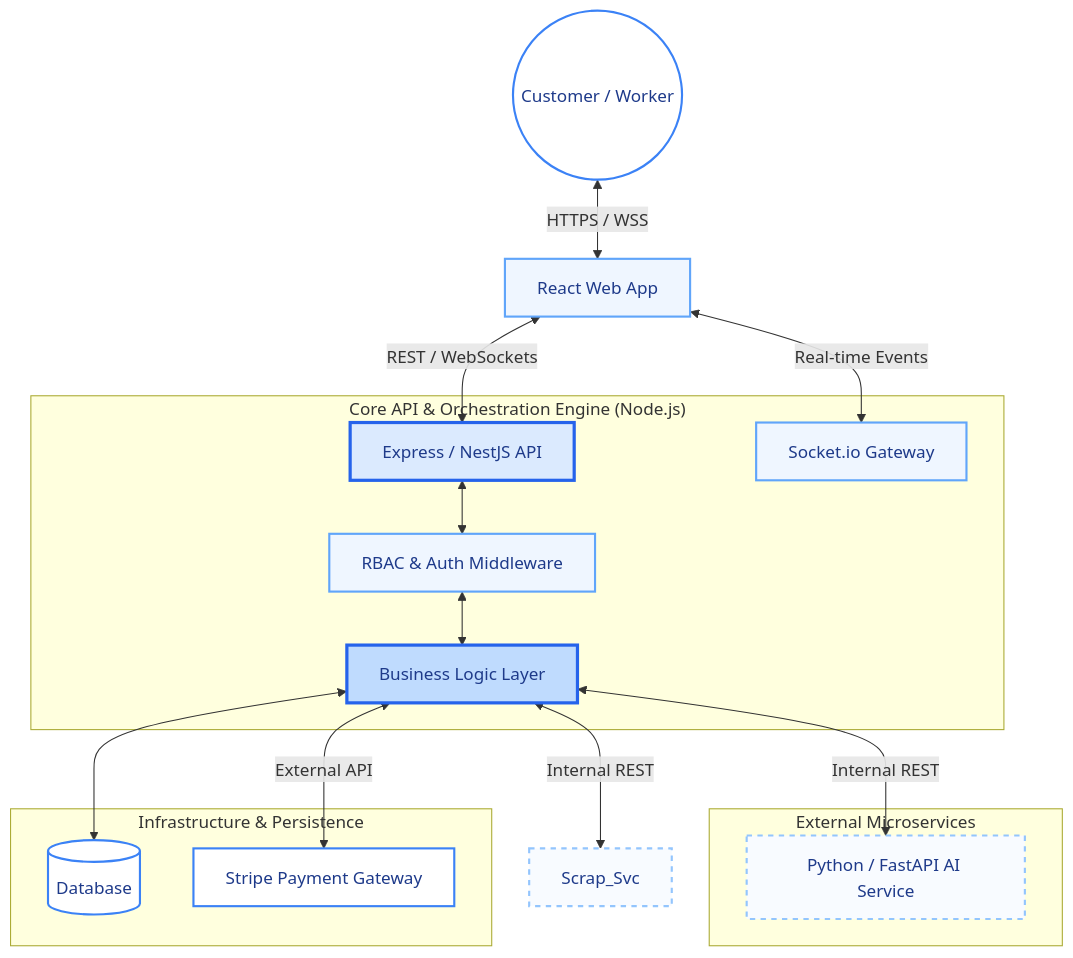
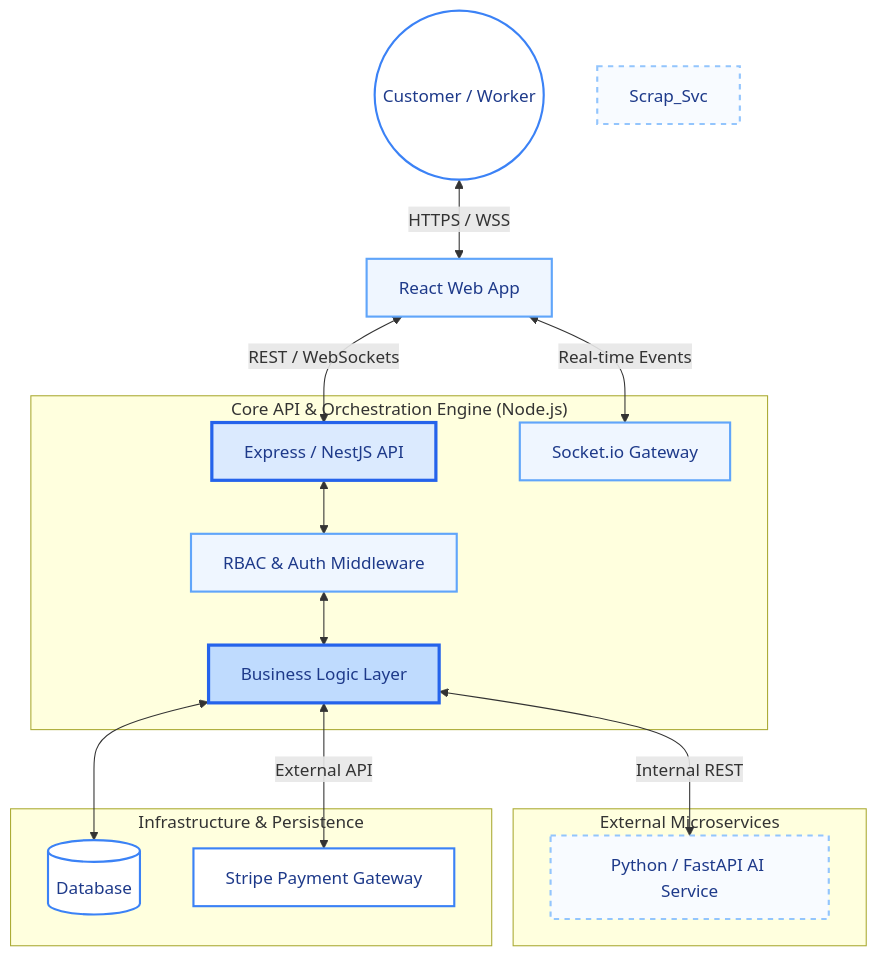
One commit to NipunaRandiya/job-done-app changed the diagram in README.md. Above: the diagram before and after it, drawn with Mermaid.

Commit message:
Remove Scrap_Svc from Logic architecture diagram
Removed reference to Scrap_Svc in the architecture diagram.

````diff
--- a/README.md
+++ b/README.md
@@ -123,50 +123,49 @@
 ```mermaid
 graph TD
     %% Define Actors and Client
     User((Customer / Worker))
     Frontend[React Web App]
 
     subgraph "Core API & Orchestration Engine (Node.js)"
         API[Express / NestJS API]
         Socket[Socket.io Gateway]
         Auth[RBAC & Auth Middleware]
         Logic[Business Logic Layer]
     end
 
     subgraph "External Microservices"
         AI_Svc[Python / FastAPI AI Service]
     end
 
     subgraph "Infrastructure & Persistence"
         DB[(Database)]
         Stripe[Stripe Payment Gateway]
     end
 
     %% Connections
     User <-->|HTTPS / WSS| Frontend
     Frontend <-->|REST / WebSockets| API
     Frontend <-->|Real-time Events| Socket
 
     API <--> Auth
     Auth <--> Logic
 
     Logic <--> DB
     Logic <-->|Internal REST| AI_Svc
-    Logic <-->|Internal REST| Scrap_Svc
     Logic <-->|External API| Stripe
 
     %% Blue & White Theme Styling
     style User fill:#ffffff,stroke:#3b82f6,stroke-width:2px,color:#1e3a8a
     style Frontend fill:#eff6ff,stroke:#60a5fa,stroke-width:2px,color:#1e3a8a
 
     style API fill:#dbeafe,stroke:#2563eb,stroke-width:3px,color:#1e3a8a
     style Socket fill:#eff6ff,stroke:#60a5fa,stroke-width:2px,color:#1e3a8a
     style Auth fill:#eff6ff,stroke:#60a5fa,stroke-width:2px,color:#1e3a8a
     style Logic fill:#bfdbfe,stroke:#2563eb,stroke-width:3px,color:#1e3a8a
 
     style AI_Svc fill:#f8fbff,stroke:#93c5fd,stroke-width:2px,stroke-dasharray:5 5,color:#1e3a8a
     style Scrap_Svc fill:#f8fbff,stroke:#93c5fd,stroke-width:2px,stroke-dasharray:5 5,color:#1e3a8a
 
     style DB fill:#ffffff,stroke:#3b82f6,stroke-width:2px,color:#1e3a8a
     style Stripe fill:#ffffff,stroke:#3b82f6,stroke-width:2px,color:#1e3a8a
 ```
````
